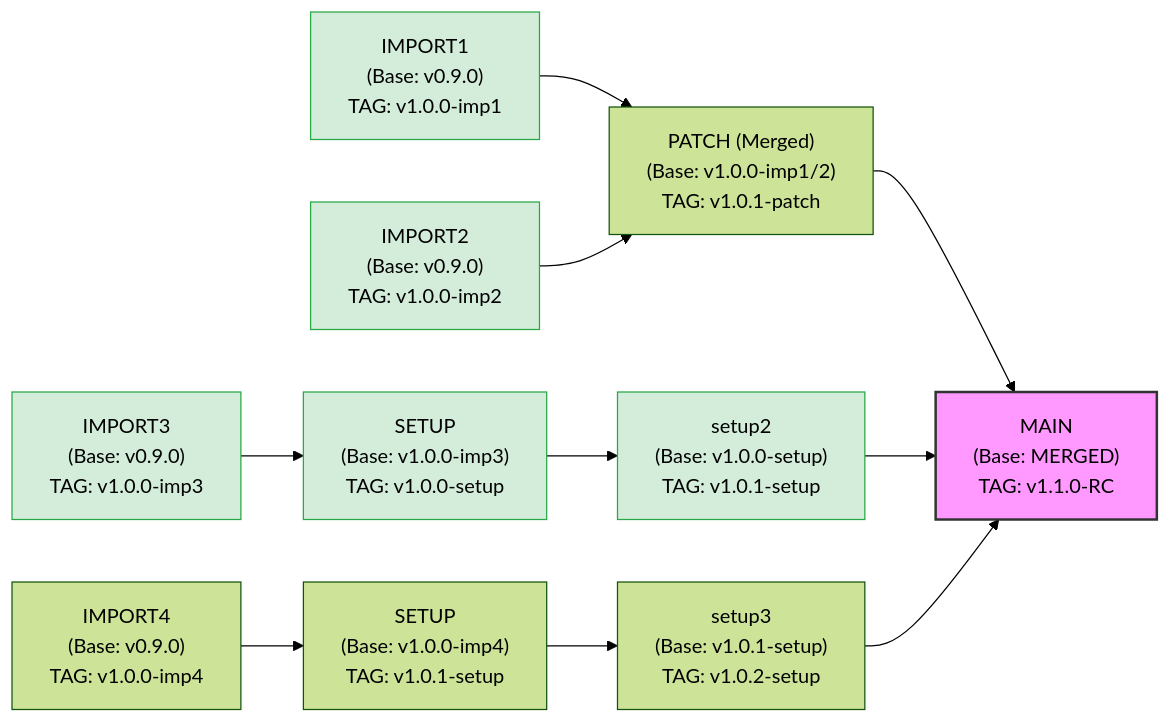
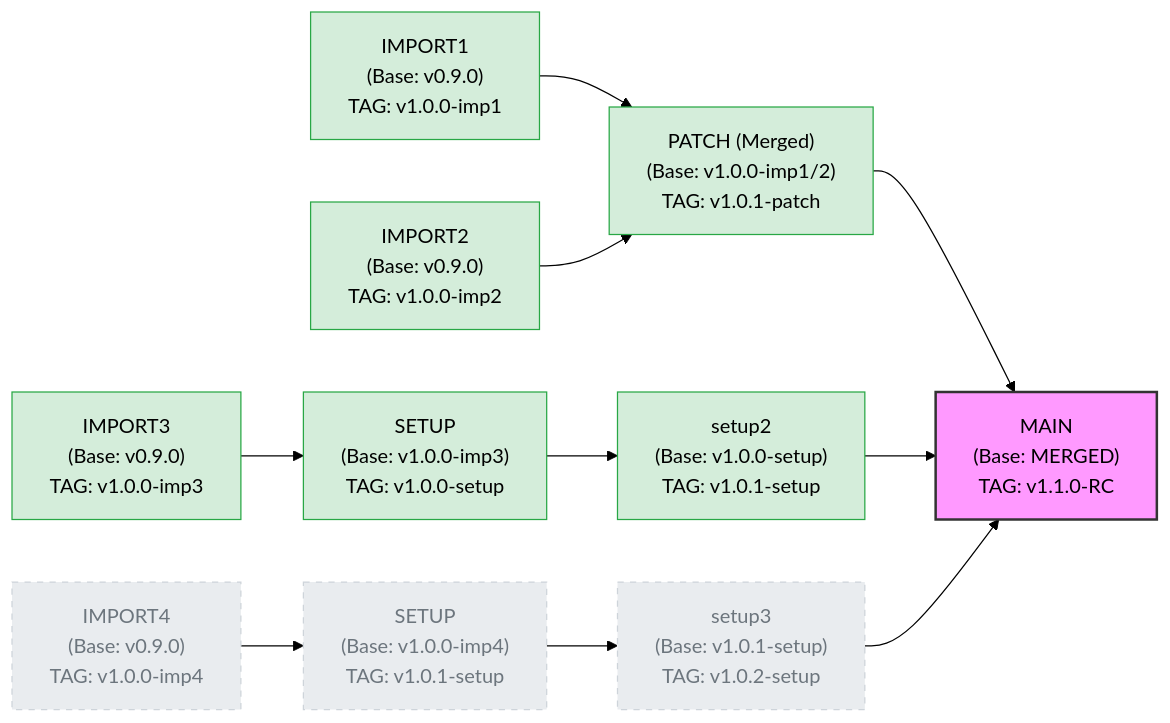
The diagram in WIKI.md (ysh1380/Releases-Board), drawn with Mermaid (forest theme) before and after one commit.

Commit message:
docs: dim IMPORT4 flow in diagram to indicate completion/deprecation

````diff
--- a/WIKI.md
+++ b/WIKI.md
@@ -38,38 +38,40 @@
 ```mermaid
 graph LR
     %% Branch/Node Definition
     I1["IMPORT1<br/>(Base: v0.9.0)<br/>TAG: v1.0.0-imp1"]
     I2["IMPORT2<br/>(Base: v0.9.0)<br/>TAG: v1.0.0-imp2"]
     I3["IMPORT3<br/>(Base: v0.9.0)<br/>TAG: v1.0.0-imp3"]
     I4["IMPORT4<br/>(Base: v0.9.0)<br/>TAG: v1.0.0-imp4"]
     
     P["PATCH (Merged)<br/>(Base: v1.0.0-imp1/2)<br/>TAG: v1.0.1-patch"]
     
     S1["SETUP<br/>(Base: v1.0.0-imp3)<br/>TAG: v1.0.0-setup"]
     S2["setup2<br/>(Base: v1.0.0-setup)<br/>TAG: v1.0.1-setup"]
     
     S3["SETUP<br/>(Base: v1.0.0-imp4)<br/>TAG: v1.0.1-setup"]
     S4["setup3<br/>(Base: v1.0.1-setup)<br/>TAG: v1.0.2-setup"]
     
     M["MAIN<br/>(Base: MERGED)<br/>TAG: v1.1.0-RC"]
 
     %% Flow Definitions
     I1 --> P
     I2 --> P
     P --> M
     
     I3 --> S1
     S1 --> S2
     S2 --> M
     
     I4 --> S3
     S3 --> S4
     S4 --> M
     
     %% Styling
     classDef main fill:#f9f,stroke:#333,stroke-width:2px;
     classDef tag fill:#d4edda,stroke:#28a745,stroke-width:1px;
+    classDef dimmed fill:#e9ecef,stroke:#ced4da,stroke-width:1px,color:#6c757d,stroke-dasharray: 5 5;
     
     class M main;
-    class I1,I2,I3,P1,P2,S1,S2 tag;
+    class I1,I2,I3,P,S1,S2 tag;
+    class I4,S3,S4 dimmed;
 ```
````
